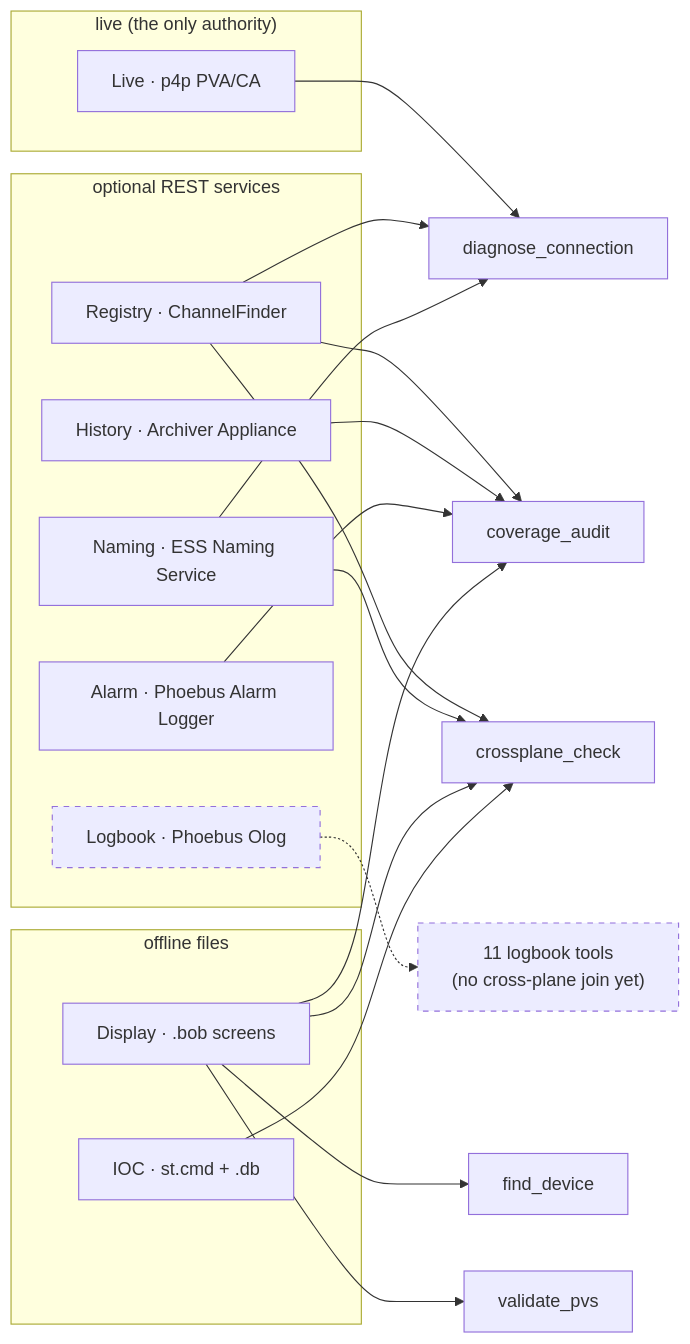
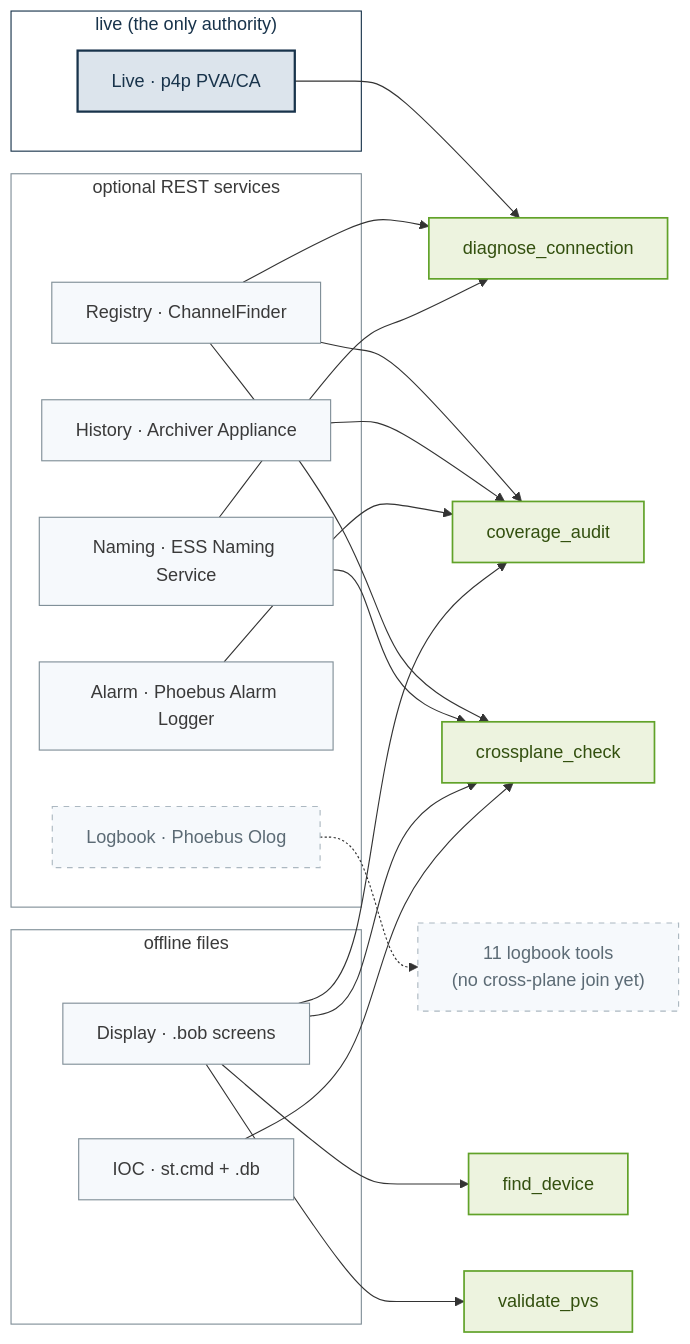
The second of 2 diagrams in ARCHITECTURE.md (epicDirk/EPICS-MCP), drawn with Mermaid before and after one commit. The commit also changed other lines of this file, not shown here.

First paragraph of the commit message:
docs(architecture): recolour the diagrams in the EPICS palette, contrast-checked (A6)
The diagrams used mermaid's default lavender, which belongs to no one. They now
use the EPICS palette, taken from the source rather than eyeballed:

````diff
--- a/ARCHITECTURE.md
+++ b/ARCHITECTURE.md
@@ -46,29 +51,44 @@
 ```mermaid
 graph LR
     subgraph liveplane["live (the only authority)"]
       live["Live · p4p PVA/CA"]
     end
     subgraph rest["optional REST services"]
       cf["Registry · ChannelFinder"]
       arch["History · Archiver Appliance"]
       alarm["Alarm · Phoebus Alarm Logger"]
       naming["Naming · ESS Naming Service"]
       olog["Logbook · Phoebus Olog"]
     end
     subgraph files["offline files"]
       disp["Display · .bob screens"]
       ioc["IOC · st.cmd + .db"]
     end
 
     live --> diag[diagnose_connection]
     cf --> diag & cov[coverage_audit] & xp[crossplane_check]
     arch --> cov
     alarm --> cov
     naming --> diag & xp
     disp --> cov & xp & fd[find_device] & val[validate_pvs]
     ioc --> xp
     olog -.-> logtools["11 logbook tools<br/>(no cross-plane join yet)"]
 
-    style olog stroke-dasharray: 5 5
-    style logtools stroke-dasharray: 5 5
+    %% Same EPICS palette. Navy marks the one authoritative plane, green the analyses that
+    %% consume the planes, grey the explanatory ones, dashed grey the join that does not exist.
+    classDef authority fill:#DCE4EC,stroke:#18334B,stroke-width:2px,color:#18334B
+    classDef plane fill:#F6F9FC,stroke:#808F98,stroke-width:1px,color:#3A3A3A
+    classDef analysis fill:#EDF3DF,stroke:#61A229,stroke-width:1.5px,color:#33500F
+    %% The "muted" signal lives in the dashed stroke, NOT in washed-out text: #808F98 on this fill
+    %% measures 3.15:1, below WCAG AA. #5C6B75 is the same blue-grey, darkened to 5.21:1.
+    classDef gap fill:#F6F9FC,stroke:#ACB8C1,stroke-width:1px,color:#5C6B75,stroke-dasharray: 5 5
+
+    class live authority
+    class cf,arch,alarm,naming,disp,ioc plane
+    class diag,cov,xp,fd,val analysis
+    class olog,logtools gap
+
+    style liveplane fill:#FFFFFF,stroke:#18334B,stroke-width:1px,color:#18334B
+    style rest fill:#FFFFFF,stroke:#808F98,stroke-width:1px,color:#3A3A3A
+    style files fill:#FFFFFF,stroke:#808F98,stroke-width:1px,color:#3A3A3A
 ```
````
